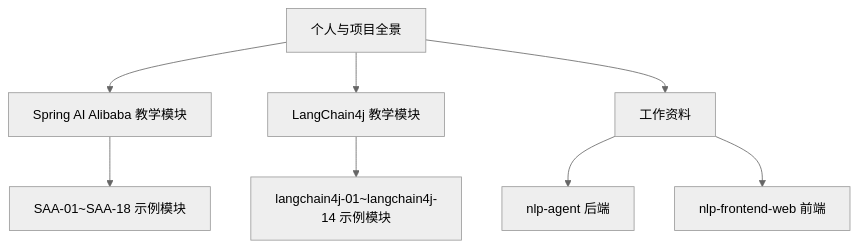
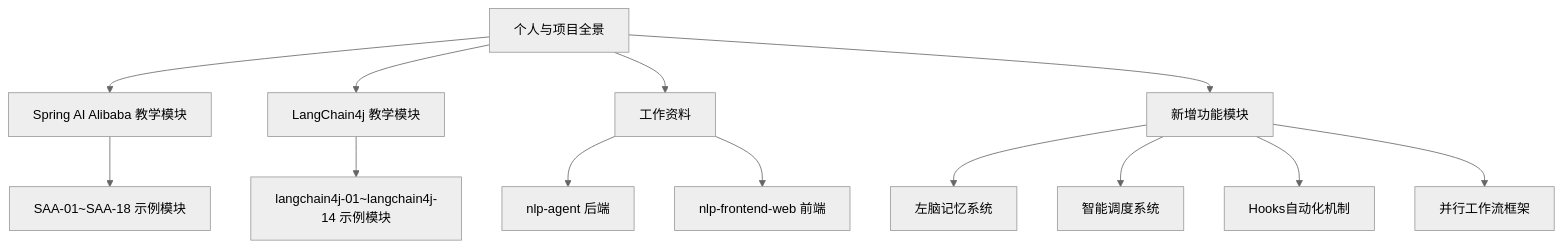
One commit to H2546285967/AiCode changed the first of 11 diagrams in .qoder/repowiki/zh/content/项目概览/项目概览.md. Above: the diagram before and after it, drawn with Mermaid (neutral theme). The commit also changed other lines of this file and 108 other files, not shown here.

````diff
--- a/.qoder/repowiki/zh/content/项目概览/项目概览.md
+++ b/.qoder/repowiki/zh/content/项目概览/项目概览.md
@@ -37,10 +54,15 @@
 ```mermaid
 graph TB
 A["个人与项目全景"] --> B["Spring AI Alibaba 教学模块"]
 A --> C["LangChain4j 教学模块"]
 A --> D["工作资料"]
+A --> E["新增功能模块"]
 B --> B1["SAA-01~SAA-18 示例模块"]
 C --> C1["langchain4j-01~langchain4j-14 示例模块"]
 D --> D1["nlp-agent 后端"]
 D --> D2["nlp-frontend-web 前端"]
+E --> E1["左脑记忆系统"]
+E --> E2["智能调度系统"]
+E --> E3["Hooks自动化机制"]
+E --> E4["并行工作流框架"]
 ```
````
